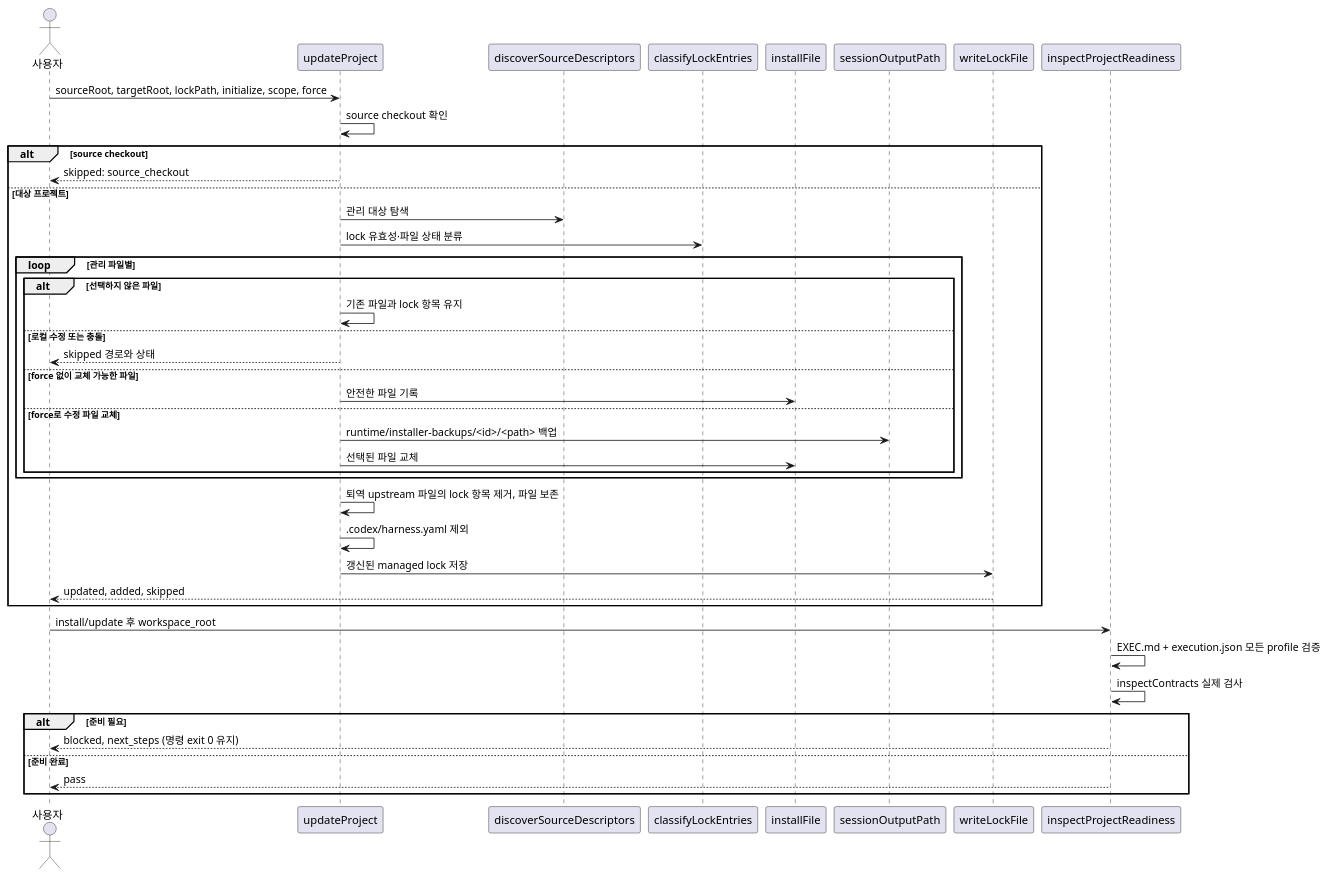
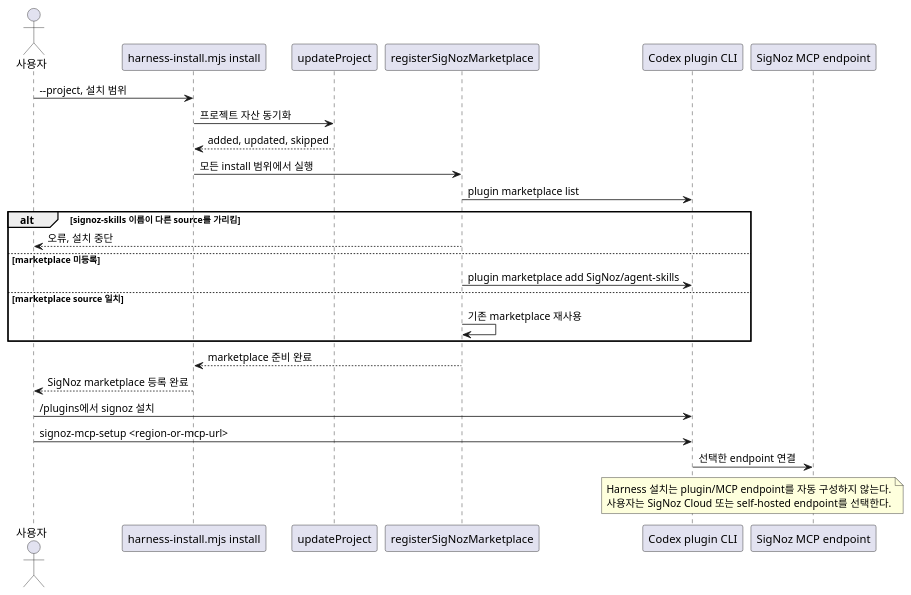
One commit to omegafrog/harness-codex changed the diagram in docs/contracts/diagrams/install.sequence.puml. Above: the diagram before and after it, drawn with PlantUML. The commit also changed 45 other files, not shown here.

```diff
--- a/docs/contracts/diagrams/install.sequence.puml
+++ b/docs/contracts/diagrams/install.sequence.puml
@@ -1,42 +1,29 @@
 @startuml
 actor 사용자
+participant "harness-install.mjs install" as install
 participant "updateProject" as update
-participant "discoverSourceDescriptors" as discover
-participant "classifyLockEntries" as classify
-participant "installFile" as install
-participant "sessionOutputPath" as session
-participant "writeLockFile" as lock
-participant "inspectProjectReadiness" as readiness
-사용자 -> update : sourceRoot, targetRoot, lockPath, initialize, scope, force
-update -> update : source checkout 확인
-alt source checkout
-  update --> 사용자 : skipped: source_checkout
-else 대상 프로젝트
-  update -> discover : 관리 대상 탐색
-  update -> classify : lock 유효성·파일 상태 분류
-  loop 관리 파일별
-    alt 선택하지 않은 파일
-      update -> update : 기존 파일과 lock 항목 유지
-    else 로컬 수정 또는 충돌
-      update --> 사용자 : skipped 경로와 상태
-    else force 없이 교체 가능한 파일
-      update -> install : 안전한 파일 기록
-    else force로 수정 파일 교체
-      update -> session : runtime/installer-backups/<id>/<path> 백업
-      update -> install : 선택된 파일 교체
-    end
-  end
-  update -> update : 퇴역 upstream 파일의 lock 항목 제거, 파일 보존
-  update -> update : .codex/harness.yaml 제외
-  update -> lock : 갱신된 managed lock 저장
-  lock --> 사용자 : updated, added, skipped
+participant "registerSigNozMarketplace" as register
+participant "Codex plugin CLI" as codex
+participant "SigNoz MCP endpoint" as signoz
+사용자 -> install : --project, 설치 범위
+install -> update : 프로젝트 자산 동기화
+update --> install : added, updated, skipped
+install -> register : 모든 install 범위에서 실행
+register -> codex : plugin marketplace list
+alt signoz-skills 이름이 다른 source를 가리킴
+  register --> 사용자 : 오류, 설치 중단
+else marketplace 미등록
+  register -> codex : plugin marketplace add SigNoz/agent-skills
+else marketplace source 일치
+  register -> register : 기존 marketplace 재사용
 end
-사용자 -> readiness : install/update 후 workspace_root
-readiness -> readiness : EXEC.md + execution.json 모든 profile 검증
-readiness -> readiness : inspectContracts 실제 검사
-alt 준비 필요
-  readiness --> 사용자 : blocked, next_steps (명령 exit 0 유지)
-else 준비 완료
-  readiness --> 사용자 : pass
-end
+register --> install : marketplace 준비 완료
+install --> 사용자 : SigNoz marketplace 등록 완료
+사용자 -> codex : /plugins에서 signoz 설치
+사용자 -> codex : signoz-mcp-setup <region-or-mcp-url>
+codex -> signoz : 선택한 endpoint 연결
+note over codex, signoz
+  Harness 설치는 plugin/MCP endpoint를 자동 구성하지 않는다.
+  사용자는 SigNoz Cloud 또는 self-hosted endpoint를 선택한다.
+end note
 @enduml
```
